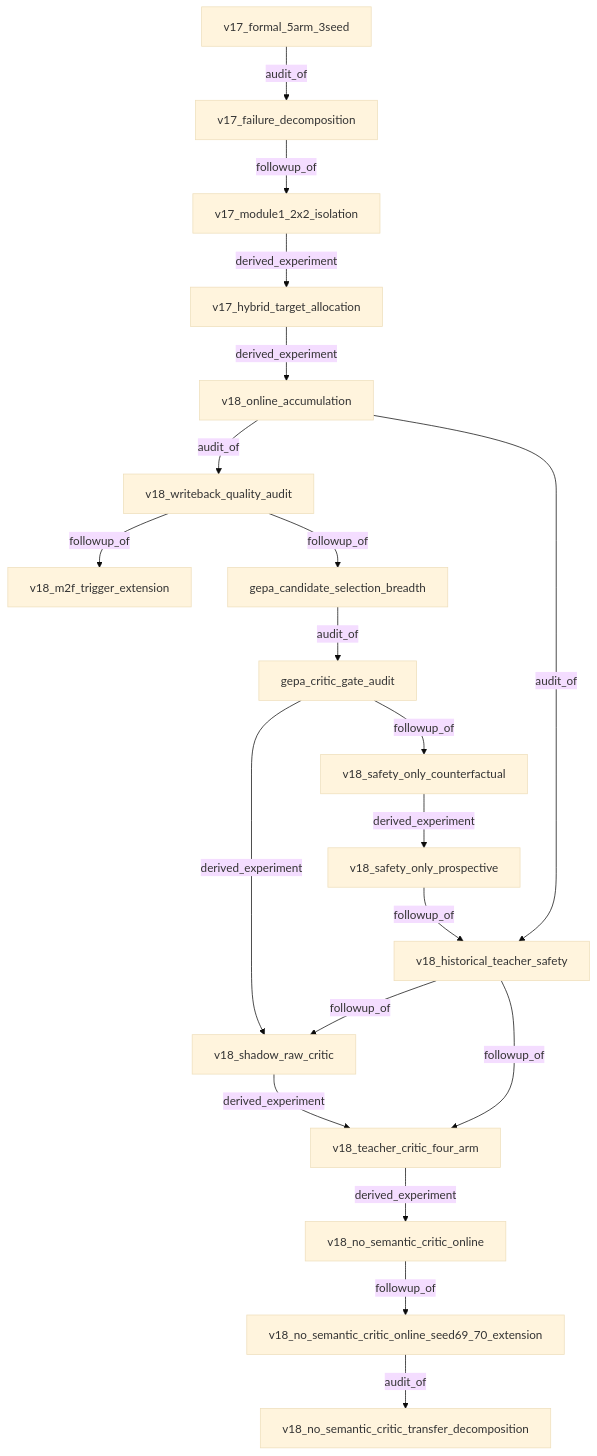
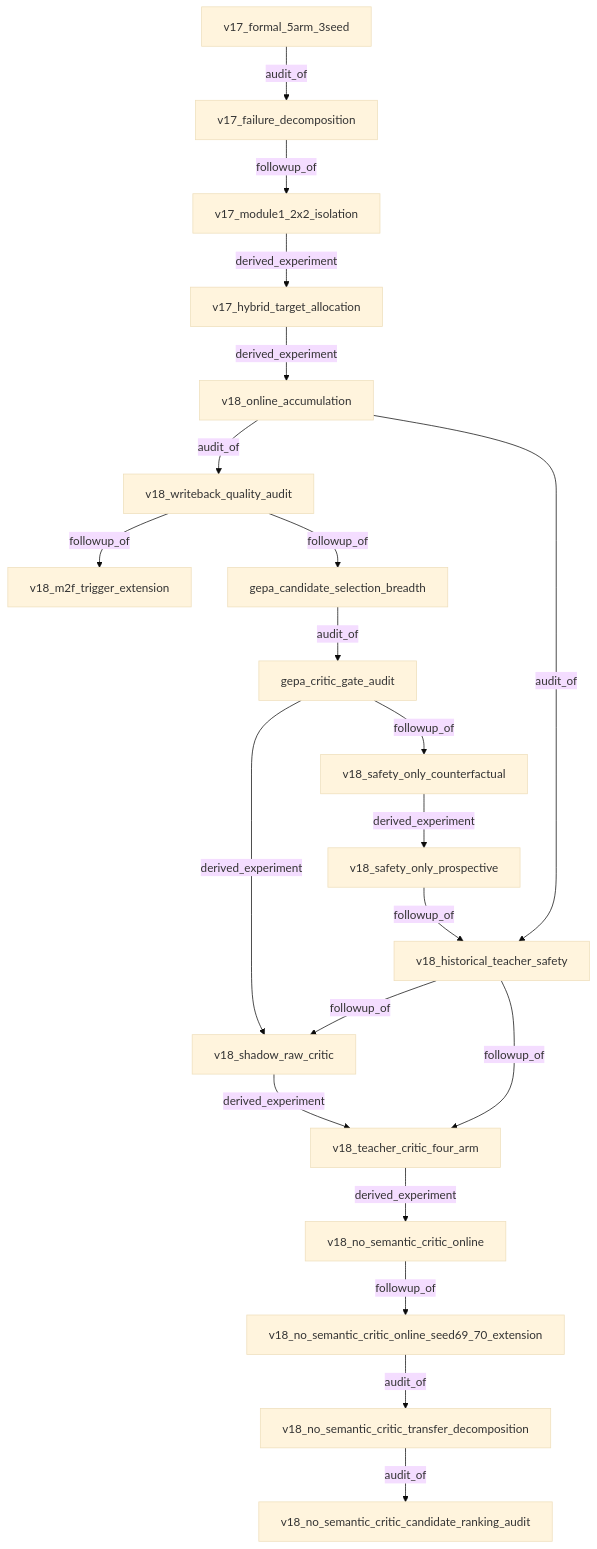
The diagram in docs/experiments/LINEAGE.md (mmmmyyyxx/multi_agent_diversity), drawn with Mermaid (base theme) before and after one commit. The commit also changed other lines of this file and 14 other files, not shown here.

Commit message:
Audit accepted-candidate ranking evidence

````diff
--- a/docs/experiments/LINEAGE.md
+++ b/docs/experiments/LINEAGE.md
@@ -5,22 +5,23 @@
 ```mermaid
 graph TD
   v17_formal_5arm_3seed["v17_formal_5arm_3seed"] -->|audit_of| v17_failure_decomposition["v17_failure_decomposition"]
   v17_failure_decomposition["v17_failure_decomposition"] -->|followup_of| v17_module1_2x2_isolation["v17_module1_2x2_isolation"]
   v17_module1_2x2_isolation["v17_module1_2x2_isolation"] -->|derived_experiment| v17_hybrid_target_allocation["v17_hybrid_target_allocation"]
   v17_hybrid_target_allocation["v17_hybrid_target_allocation"] -->|derived_experiment| v18_online_accumulation["v18_online_accumulation"]
   v18_online_accumulation["v18_online_accumulation"] -->|audit_of| v18_writeback_quality_audit["v18_writeback_quality_audit"]
   v18_writeback_quality_audit["v18_writeback_quality_audit"] -->|followup_of| v18_m2f_trigger_extension["v18_m2f_trigger_extension"]
   v18_writeback_quality_audit["v18_writeback_quality_audit"] -->|followup_of| gepa_candidate_selection_breadth["gepa_candidate_selection_breadth"]
   gepa_candidate_selection_breadth["gepa_candidate_selection_breadth"] -->|audit_of| gepa_critic_gate_audit["gepa_critic_gate_audit"]
   gepa_critic_gate_audit["gepa_critic_gate_audit"] -->|followup_of| v18_safety_only_counterfactual["v18_safety_only_counterfactual"]
   v18_safety_only_counterfactual["v18_safety_only_counterfactual"] -->|derived_experiment| v18_safety_only_prospective["v18_safety_only_prospective"]
   v18_safety_only_prospective["v18_safety_only_prospective"] -->|followup_of| v18_historical_teacher_safety["v18_historical_teacher_safety"]
   v18_online_accumulation["v18_online_accumulation"] -->|audit_of| v18_historical_teacher_safety["v18_historical_teacher_safety"]
   gepa_critic_gate_audit["gepa_critic_gate_audit"] -->|derived_experiment| v18_shadow_raw_critic["v18_shadow_raw_critic"]
   v18_historical_teacher_safety["v18_historical_teacher_safety"] -->|followup_of| v18_shadow_raw_critic["v18_shadow_raw_critic"]
   v18_shadow_raw_critic["v18_shadow_raw_critic"] -->|derived_experiment| v18_teacher_critic_four_arm["v18_teacher_critic_four_arm"]
   v18_historical_teacher_safety["v18_historical_teacher_safety"] -->|followup_of| v18_teacher_critic_four_arm["v18_teacher_critic_four_arm"]
   v18_teacher_critic_four_arm["v18_teacher_critic_four_arm"] -->|derived_experiment| v18_no_semantic_critic_online["v18_no_semantic_critic_online"]
   v18_no_semantic_critic_online["v18_no_semantic_critic_online"] -->|followup_of| v18_no_semantic_critic_online_seed69_70_extension["v18_no_semantic_critic_online_seed69_70_extension"]
   v18_no_semantic_critic_online_seed69_70_extension["v18_no_semantic_critic_online_seed69_70_extension"] -->|audit_of| v18_no_semantic_critic_transfer_decomposition["v18_no_semantic_critic_transfer_decomposition"]
+  v18_no_semantic_critic_transfer_decomposition["v18_no_semantic_critic_transfer_decomposition"] -->|audit_of| v18_no_semantic_critic_candidate_ranking_audit["v18_no_semantic_critic_candidate_ranking_audit"]
 ```
````
